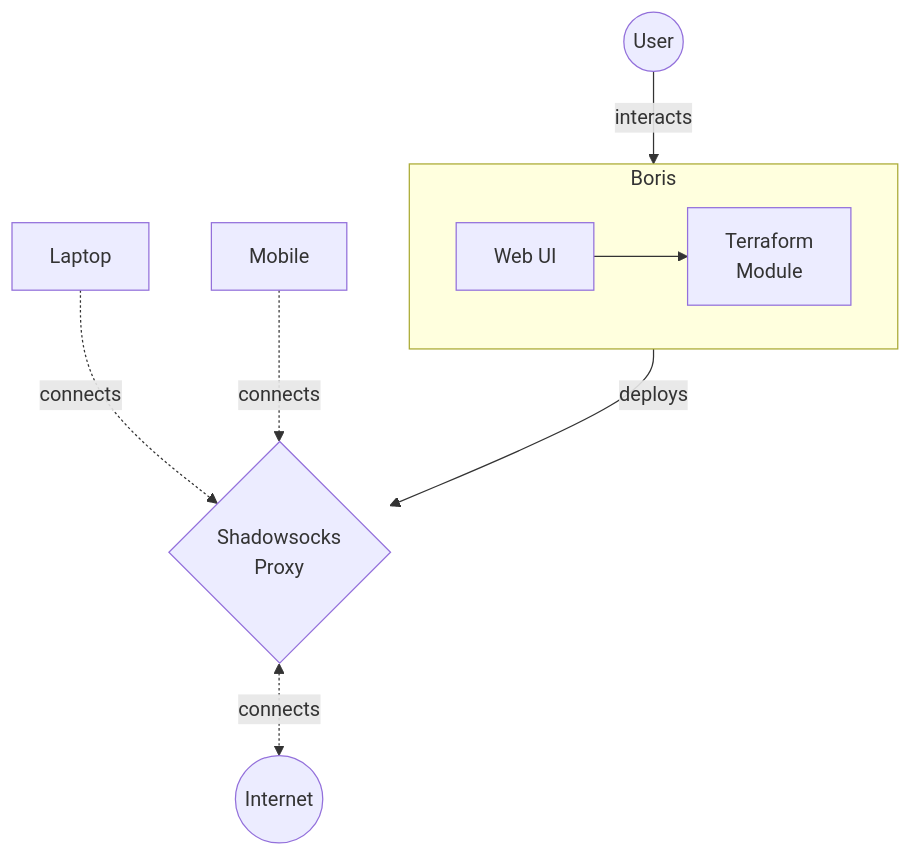
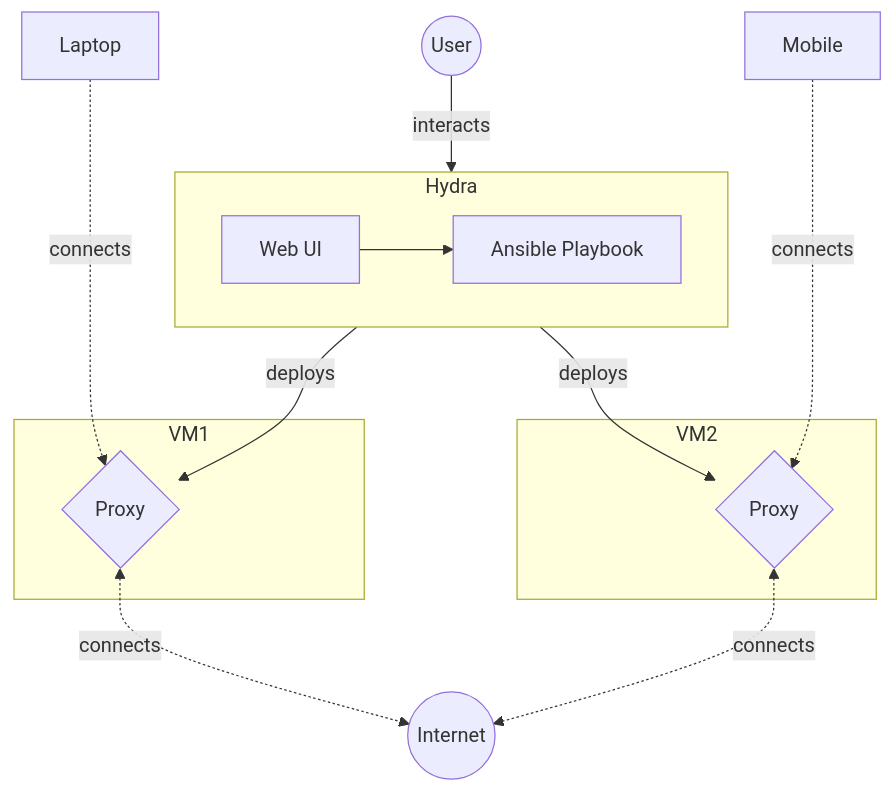
The diagram in README.md (mrzzy/hydra), drawn with Mermaid before and after one commit. The commit also changed other lines of this file and 2 other files, not shown here.

````diff
--- a/README.md
+++ b/README.md
@@ -10,10 +10,20 @@
 ```mermaid
 flowchart TD
-    user((User)) -->|interacts| boris
-    subgraph boris[Boris]
-        ui[Web UI] -->  tf[Terraform\nModule]
+    user((User)) -->|interacts| hydra
+    subgraph hydra[Hydra]
+        ui[Web UI] -->  ansible[Ansible Playbook]
     end
-    boris -->|deploys| proxy
-    laptop[Laptop] & mobile[Mobile] -.-> |connects| proxy{Shadowsocks\nProxy}
-    proxy <-.->|connects| internet((Internet))
+    hydra -->|deploys| proxy & proxy2
+
+    subgraph VM1
+        proxy{Proxy}
+    end
+
+    subgraph VM2
+        proxy2{Proxy}
+    end
+
+    laptop[Laptop] -..-> |connects| proxy
+    phone[Mobile] -..-> |connects|proxy2
+    proxy & proxy2 <-.->|connects| internet((Internet))
 ```
````
